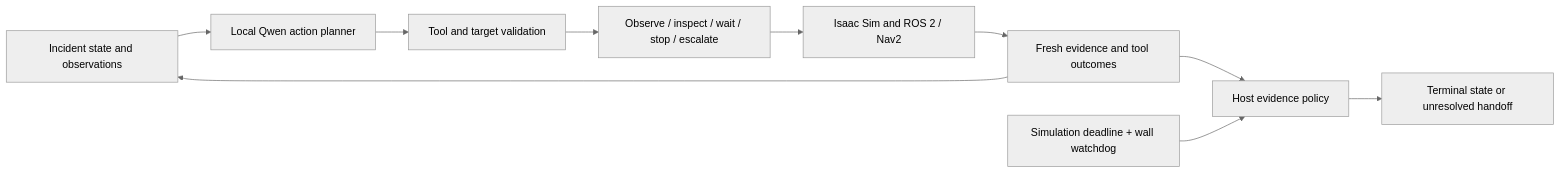
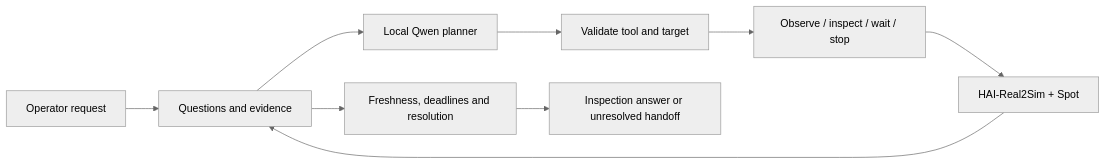
One commit to juhwan0423/TRACE changed the diagram in README.md. Above: the diagram before and after it, drawn with Mermaid (neutral theme). The commit also changed other lines of this file and 3 other files, not shown here.

Commit message:
Present TRACE's Real2Sim inspection workflow and verified development results

````diff
--- a/README.md
+++ b/README.md
@@ -74,12 +19,11 @@
 ```mermaid
 flowchart LR
-  State[Incident state and observations] --> Planner[Local Qwen action planner]
-  Planner --> Gate[Tool and target validation]
-  Gate --> Tools[Observe / inspect / wait / stop / escalate]
-  Tools --> Sim[Isaac Sim and ROS 2 / Nav2]
-  Sim --> Evidence[Fresh evidence and tool outcomes]
-  Evidence --> State
-  Evidence --> Policy[Host evidence policy]
-  Clock[Simulation deadline + wall watchdog] --> Policy
-  Policy --> Result[Terminal state or unresolved handoff]
+  Request[Operator request] --> Context[Questions and evidence]
+  Context --> Planner[Local Qwen planner]
+  Planner --> Guard[Validate tool and target]
+  Guard --> Tools[Observe / inspect / wait / stop]
+  Tools --> Sim[HAI-Real2Sim + Spot]
+  Sim --> Context
+  Context --> Host[Freshness, deadlines and resolution]
+  Host --> Result[Inspection answer or unresolved handoff]
 ```
````
